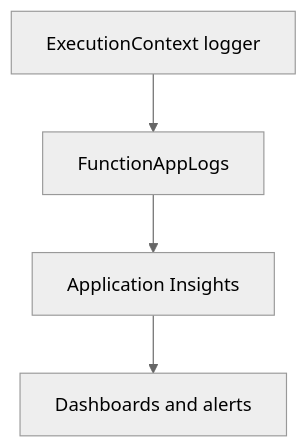
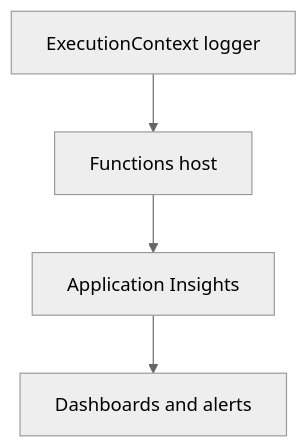
The diagram in docs/language-guides/java/tutorial/flex-consumption/04-logging-monitoring.md (yeongseon/azure-functions-practical-guide), drawn with Mermaid (neutral theme) before and after one commit. The commit also changed other lines of this file and 4 other files, not shown here.

First line of the commit message:
docs(diagrams): correct Java tutorial logging routes (#499)

````diff
--- a/docs/language-guides/java/tutorial/flex-consumption/04-logging-monitoring.md
+++ b/docs/language-guides/java/tutorial/flex-consumption/04-logging-monitoring.md
@@ -51,6 +53,8 @@
 ```mermaid
 flowchart TD
-    A[ExecutionContext logger] --> B[FunctionAppLogs]
+    accTitle: Flex Consumption tutorial Java logging overview
+    accDescr: Default Java application-log route for this Flex Consumption tutorial: ExecutionContext logger through the Functions host to Application Insights when integration is enabled, supporting dashboards and alerts. Filtering and sampling can exclude entries; this is not a FunctionAppLogs forwarding pipeline.
+    A[ExecutionContext logger] --> B[Functions host]
     B --> C[Application Insights]
     C --> D[Dashboards and alerts]
 ```
````
